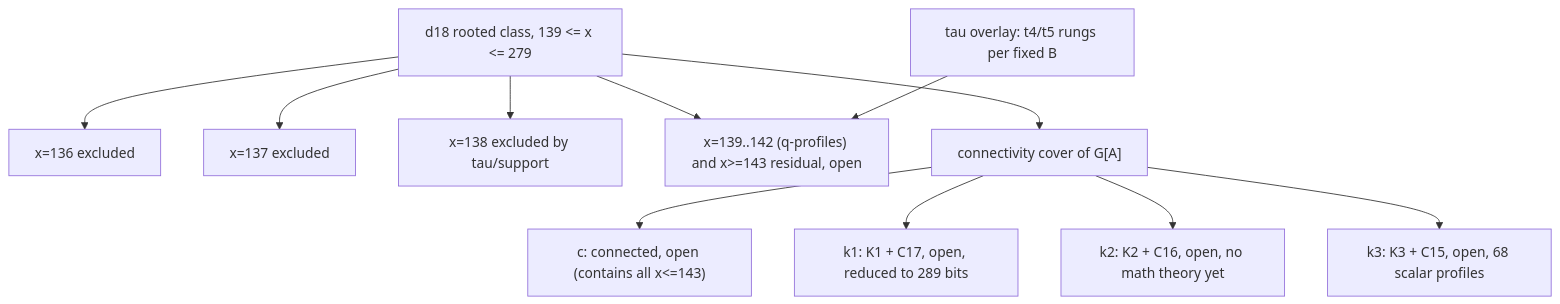
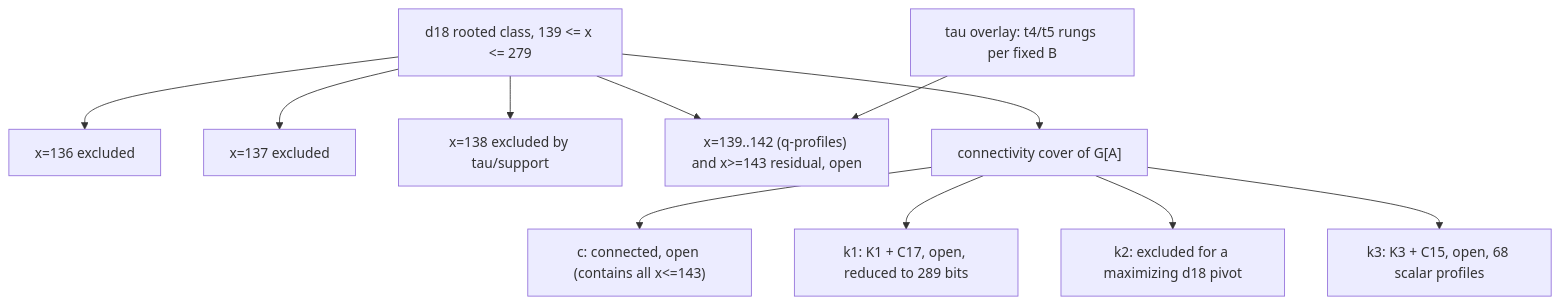
Before and after one commit to tr00/ramsey: the second of 2 diagrams in docs/theory_map.md, drawn with Mermaid. The commit also changed other lines of this file and 27 other files, not shown here.

````diff
--- a/docs/theory_map.md
+++ b/docs/theory_map.md
@@ -180,13 +180,13 @@
 ```mermaid
 flowchart TD
     D18["d18 rooted class, 139 <= x <= 279"] --> X136["x=136 excluded"]
     D18 --> X137["x=137 excluded"]
     D18 --> X138["x=138 excluded by tau/support"]
     D18 --> XOP["x=139..142 (q-profiles) and x>=143 residual, open"]
     D18 --> KAP["connectivity cover of G[A]"]
     KAP --> C["c: connected, open (contains all x<=143)"]
     KAP --> K1["k1: K1 + C17, open, reduced to 289 bits"]
-    KAP --> K2["k2: K2 + C16, open, no math theory yet"]
+    KAP --> K2["k2: excluded for a maximizing d18 pivot"]
     KAP --> K3["k3: K3 + C15, open, 68 scalar profiles"]
     TAU["tau overlay: t4/t5 rungs per fixed B"] --> XOP
 ```
````
